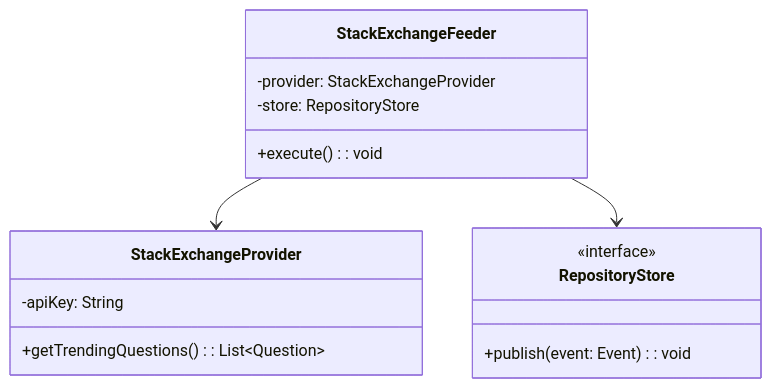
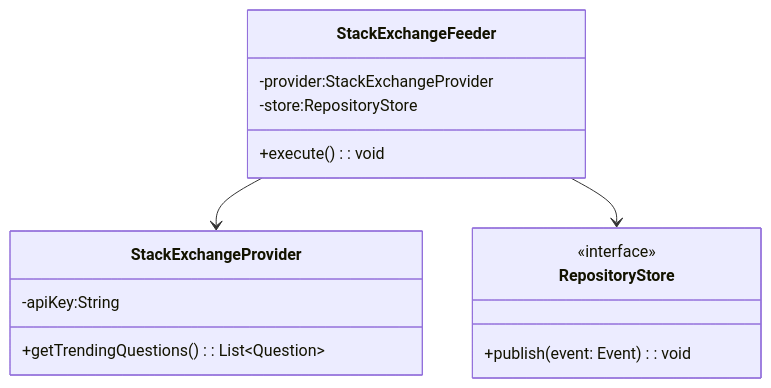
Before and after one commit to TechnoRadar/techno-radar: the third of 5 diagrams in README.md, drawn with Mermaid. The commit also changed other lines of this file, not shown here.

````diff
--- a/README.md
+++ b/README.md
@@ -258,18 +262,18 @@
 ```mermaid
 classDiagram
     class StackExchangeFeeder {
-        -provider: StackExchangeProvider
-        -store: RepositoryStore
-        +execute(): void
+        -provider:StackExchangeProvider
+        -store:RepositoryStore
+        +execute() : void
     }
     class StackExchangeProvider {
-        -apiKey: String
-        +getTrendingQuestions(): List~Question~
+        -apiKey:String
+        +getTrendingQuestions() : List~Question~
     }
     class RepositoryStore {
         <<interface>>
-        +publish(event: Event): void
+        +publish(event: Event) : void
     }
     StackExchangeFeeder --> StackExchangeProvider
     StackExchangeFeeder --> RepositoryStore
 ```
````
